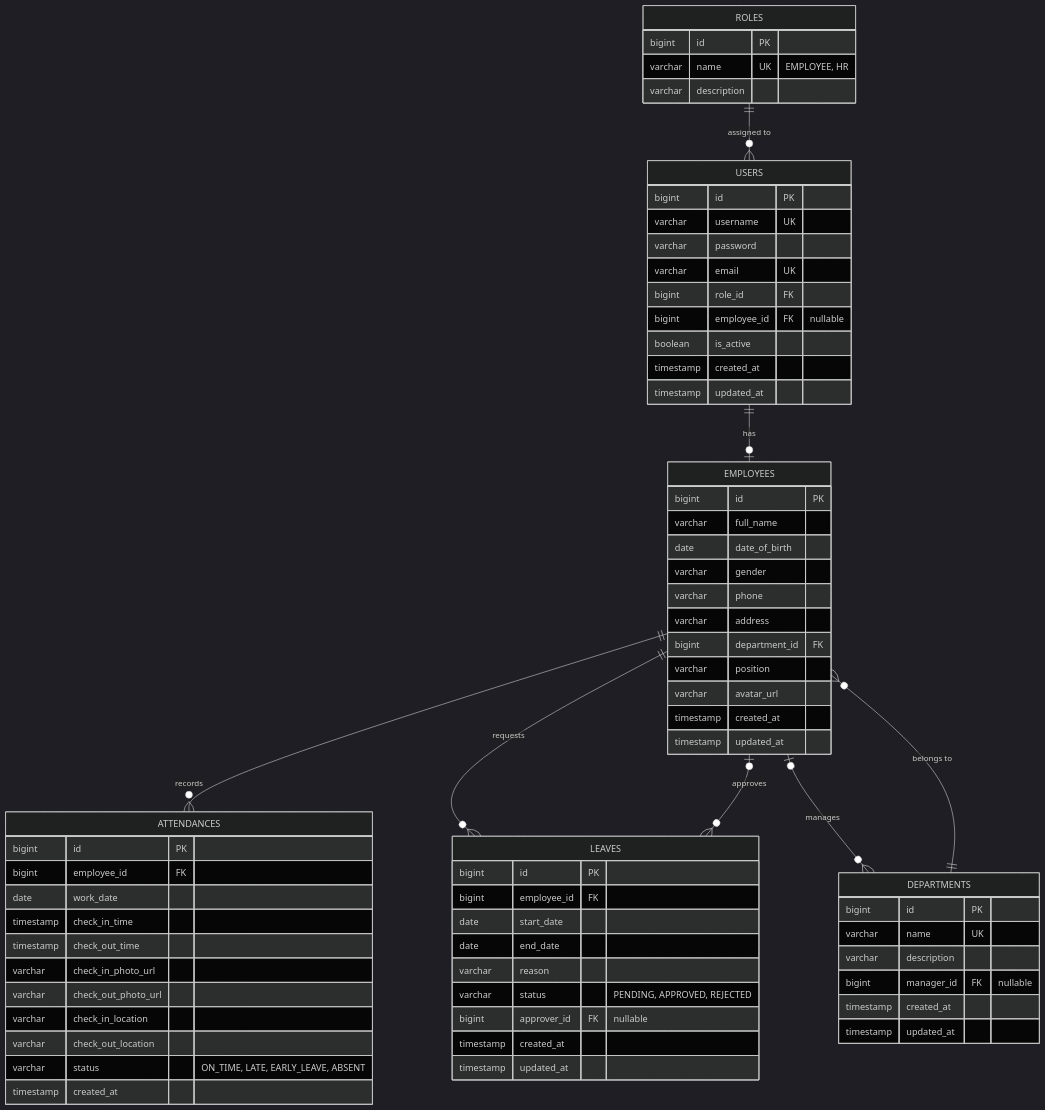
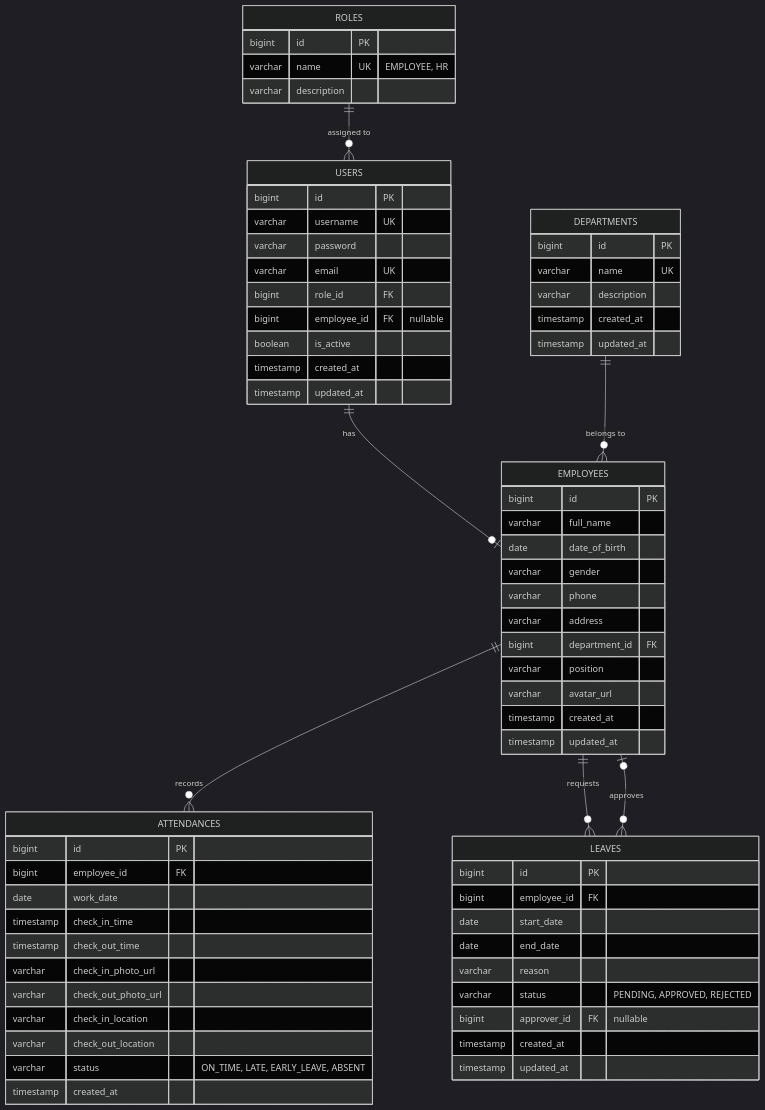
The diagram in docs/database_design.md (mtuyen260609/HN_KS24_CNTT1_DoMinhTuyen_HRM), drawn with Mermaid (dark theme) before and after one commit. The commit also changed other lines of this file and 5 other files, not shown here.

````diff
--- a/docs/database_design.md
+++ b/docs/database_design.md
@@ -5,77 +5,75 @@
 ```mermaid
 erDiagram
     USERS ||--o| EMPLOYEES : "has"
     ROLES ||--o{ USERS : "assigned to"
     DEPARTMENTS ||--o{ EMPLOYEES : "belongs to"
     EMPLOYEES ||--o{ ATTENDANCES : "records"
     EMPLOYEES ||--o{ LEAVES : "requests"
-    EMPLOYEES |o--o{ DEPARTMENTS : "manages"
     EMPLOYEES |o--o{ LEAVES : "approves"
 
     USERS {
         bigint id PK
         varchar username UK
         varchar password
         varchar email UK
         bigint role_id FK
         bigint employee_id FK "nullable"
         boolean is_active
         timestamp created_at
         timestamp updated_at
     }
 
     ROLES {
         bigint id PK
         varchar name UK "EMPLOYEE, HR"
         varchar description
     }
 
     EMPLOYEES {
         bigint id PK
         varchar full_name
         date date_of_birth
         varchar gender
         varchar phone
         varchar address
         bigint department_id FK
         varchar position
         varchar avatar_url
         timestamp created_at
         timestamp updated_at
     }
 
     DEPARTMENTS {
         bigint id PK
         varchar name UK
         varchar description
-        bigint manager_id FK "nullable"
         timestamp created_at
         timestamp updated_at
     }
 
     ATTENDANCES {
         bigint id PK
         bigint employee_id FK
         date work_date
         timestamp check_in_time
         timestamp check_out_time
         varchar check_in_photo_url
         varchar check_out_photo_url
         varchar check_in_location
         varchar check_out_location
         varchar status "ON_TIME, LATE, EARLY_LEAVE, ABSENT"
         timestamp created_at
     }
 
     LEAVES {
         bigint id PK
         bigint employee_id FK
         date start_date
         date end_date
         varchar reason
         varchar status "PENDING, APPROVED, REJECTED"
         bigint approver_id FK "nullable"
         timestamp created_at
         timestamp updated_at
     }
 ```
````
